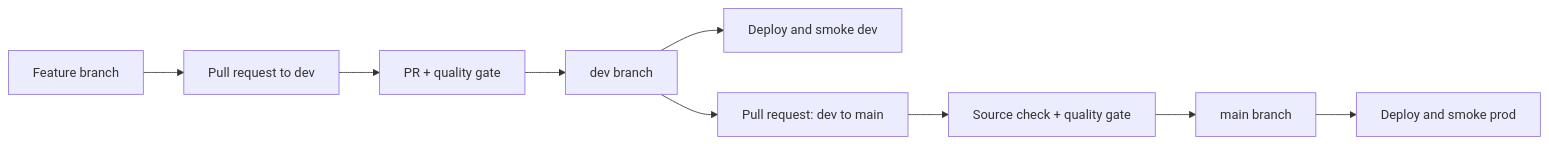
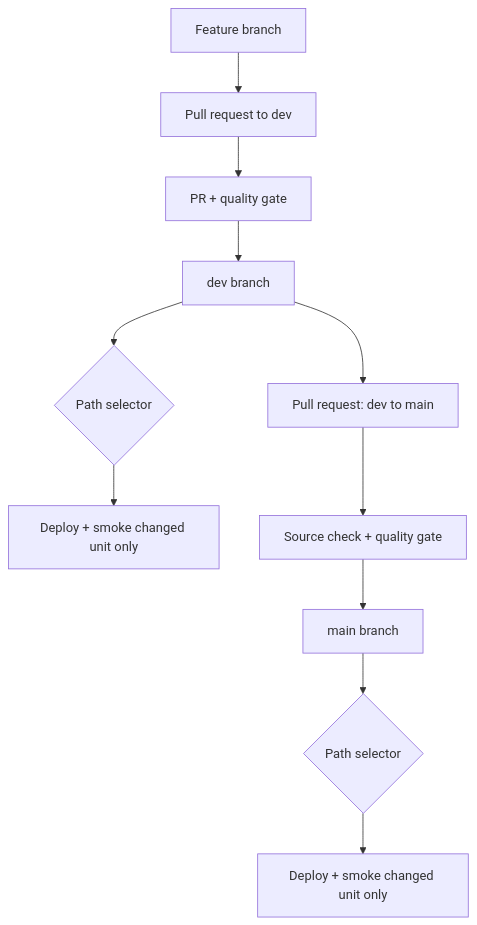
Before and after one commit to zacdav-db/databricks-agent-cicd-sandpit: the diagram in docs/architecture/cicd.md, drawn with Mermaid. The commit also changed other lines of this file and 26 other files, not shown here.

````diff
--- a/docs/architecture/cicd.md
+++ b/docs/architecture/cicd.md
@@ -6,15 +6,17 @@
 ```mermaid
-flowchart LR
+flowchart TB
     Feature["Feature branch"]
     DevPR["Pull request to dev"]
     DevGate["PR + quality gate"]
     Dev["dev branch"]
-    DevDeploy["Deploy and smoke dev"]
+    DevSelect{"Path selector"}
+    DevUnit["Deploy + smoke changed unit only"]
     ProdPR["Pull request: dev to main"]
     ProdGate["Source check + quality gate"]
     Main["main branch"]
-    ProdDeploy["Deploy and smoke prod"]
+    ProdSelect{"Path selector"}
+    ProdUnit["Deploy + smoke changed unit only"]
 
-    Feature --> DevPR --> DevGate --> Dev --> DevDeploy
-    Dev --> ProdPR --> ProdGate --> Main --> ProdDeploy
+    Feature --> DevPR --> DevGate --> Dev --> DevSelect --> DevUnit
+    Dev --> ProdPR --> ProdGate --> Main --> ProdSelect --> ProdUnit
 ```
````
